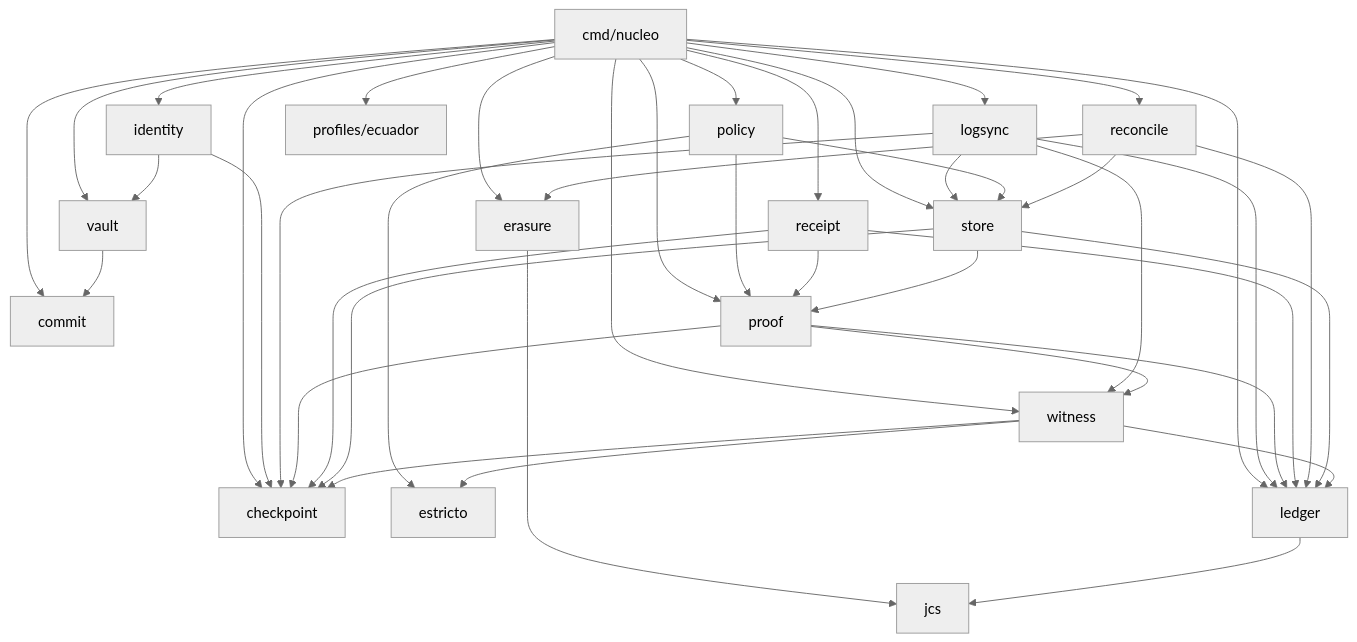
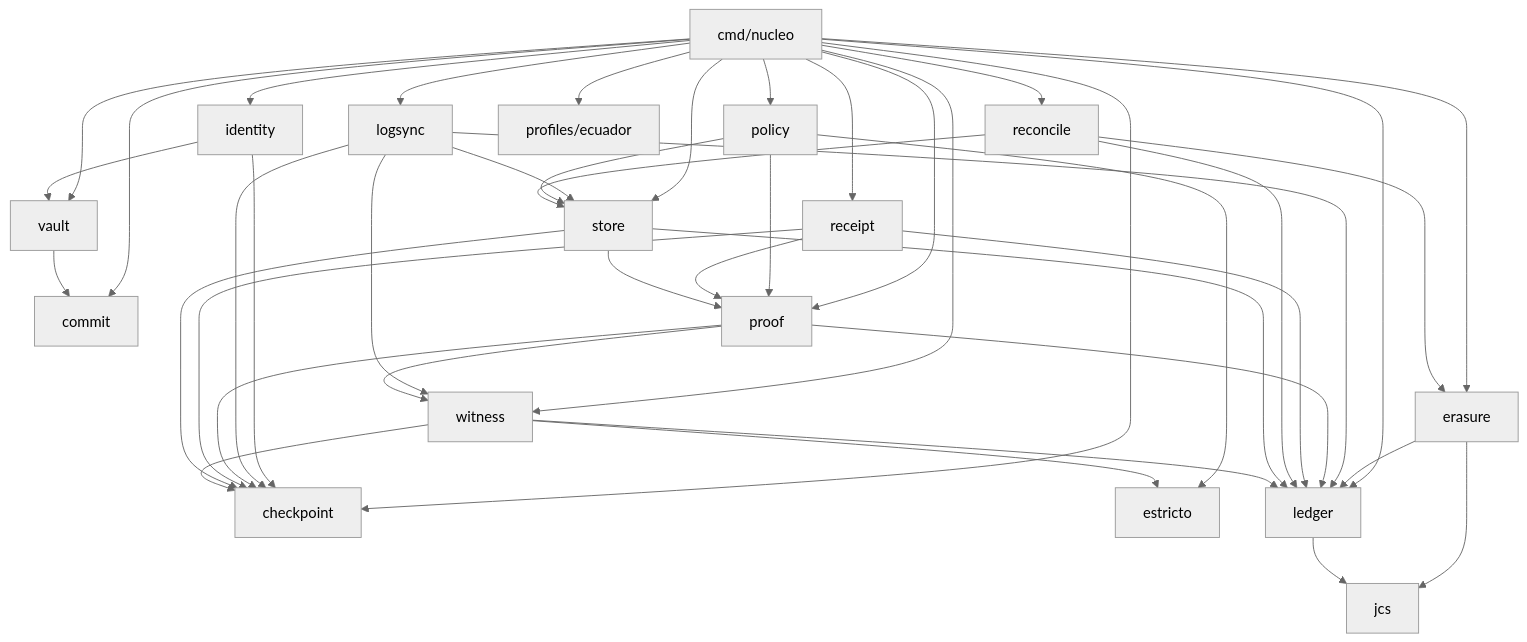
One commit to nucleoledger/nucleo changed the second of 11 diagrams in docs/ARQUITECTURA.md. Above: the diagram before and after it, drawn with Mermaid (neutral theme). The commit also changed other lines of this file and 30 other files, not shown here.

````diff
--- a/docs/ARQUITECTURA.md
+++ b/docs/ARQUITECTURA.md
@@ -66,61 +66,62 @@
 ```mermaid
 flowchart TD
   cli[cmd/nucleo]
   checkpoint[checkpoint]
   commit[commit]
   erasure[erasure]
   estricto[estricto]
   identity[identity]
   jcs[jcs]
   ledger[ledger]
   logsync[logsync]
   policy[policy]
   proof[proof]
   receipt[receipt]
   reconcile[reconcile]
   store[store]
   vault[vault]
   witness[witness]
   ecuador[profiles/ecuador]
   cli --> checkpoint
   cli --> commit
   cli --> erasure
   cli --> identity
   cli --> ledger
   cli --> logsync
   cli --> policy
   cli --> proof
   cli --> receipt
   cli --> reconcile
   cli --> store
   cli --> vault
   cli --> witness
   cli --> ecuador
   erasure --> jcs
+  erasure --> ledger
   identity --> checkpoint
   identity --> vault
   ledger --> jcs
   logsync --> checkpoint
   logsync --> ledger
   logsync --> store
   logsync --> witness
   policy --> estricto
   policy --> proof
   policy --> store
   proof --> checkpoint
   proof --> ledger
   proof --> witness
   receipt --> checkpoint
   receipt --> ledger
   receipt --> proof
   reconcile --> erasure
   reconcile --> ledger
   reconcile --> store
   store --> checkpoint
   store --> ledger
   store --> proof
   vault --> commit
   witness --> checkpoint
   witness --> estricto
   witness --> ledger
 ```
````
